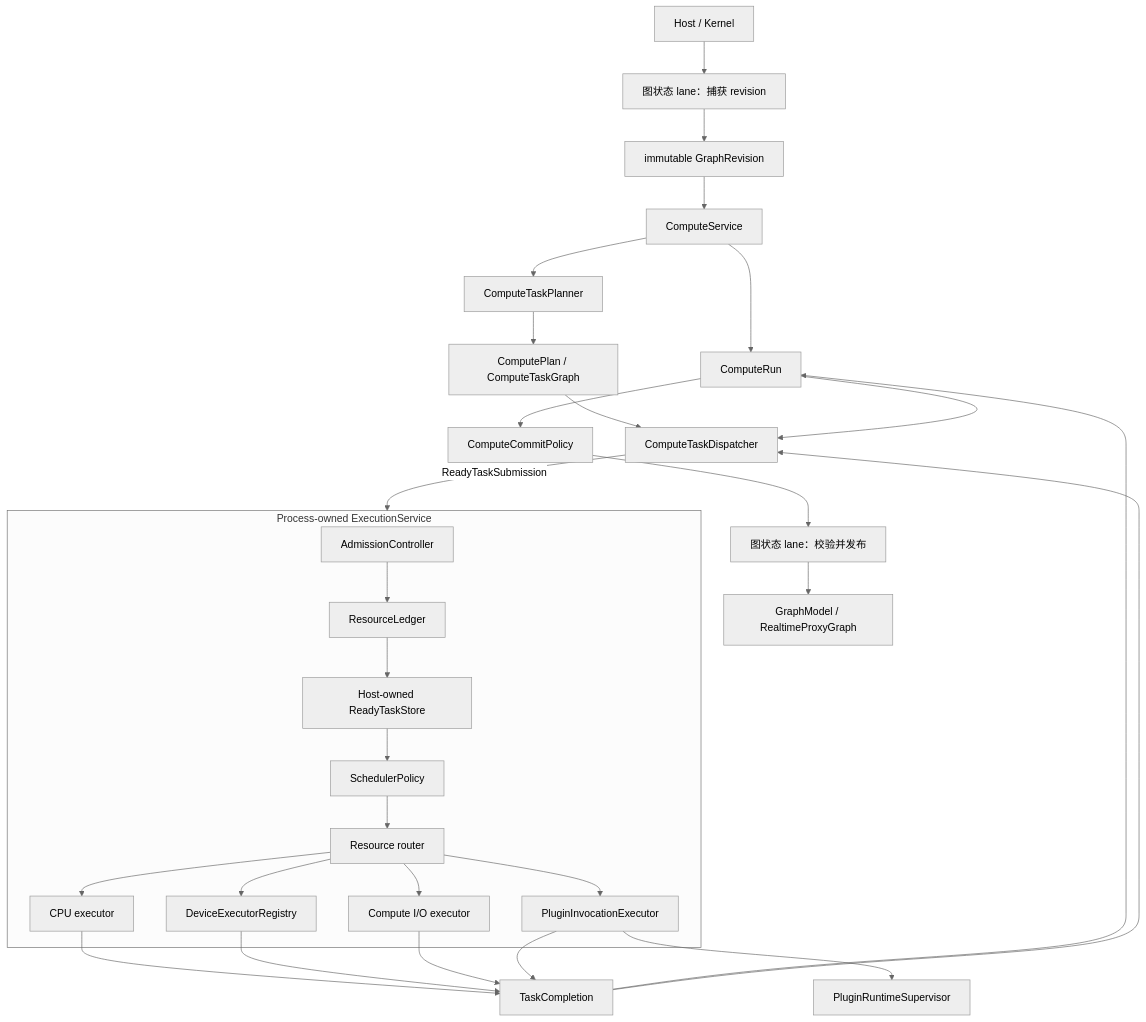
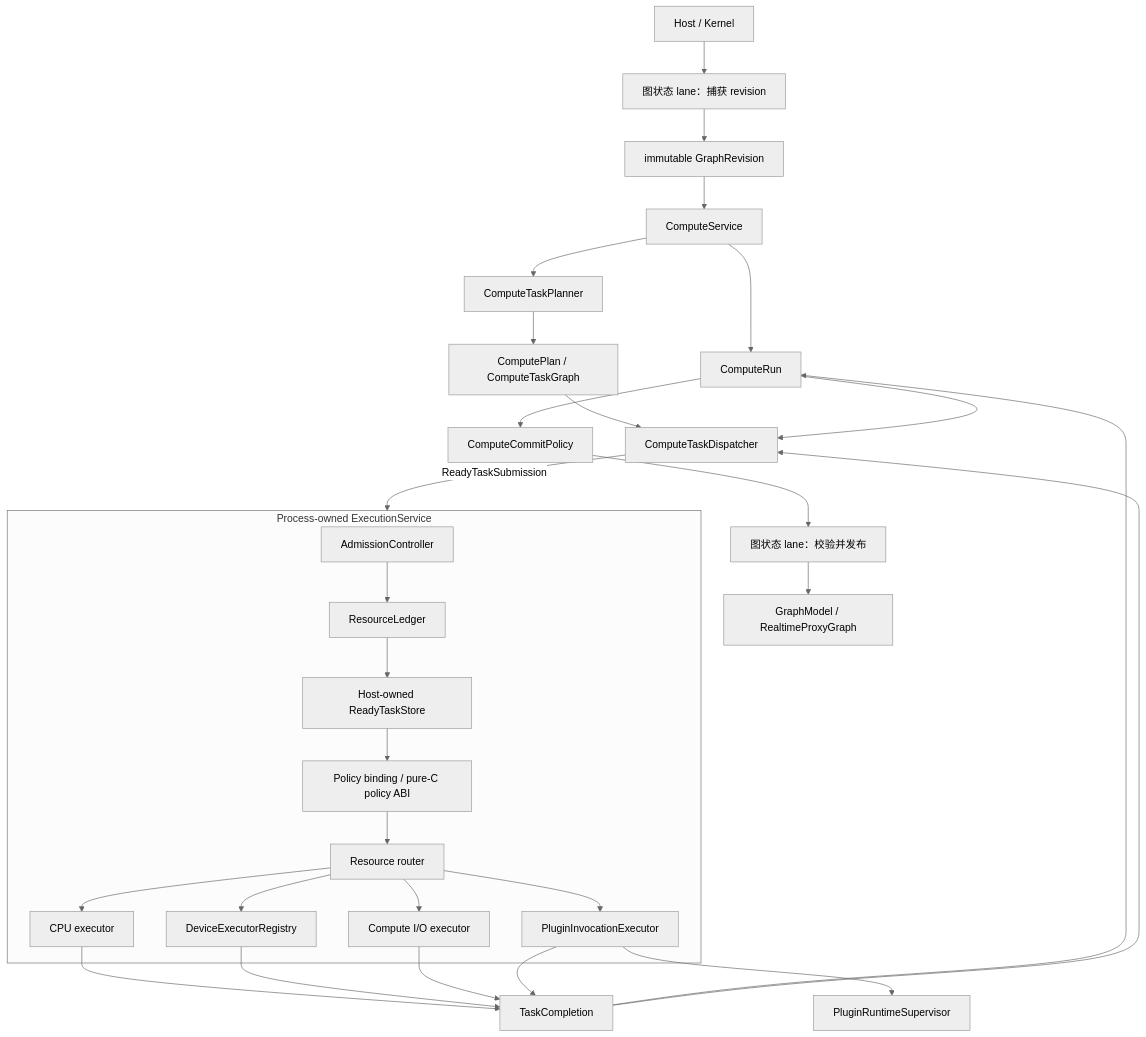
Before and after one commit to kevin-zf1123/photospider: the diagram in docs/roadmap/zh/Kernel-Evolution.zh.md, drawn with Mermaid (neutral theme). The commit also changed other lines of this file and 33 other files, not shown here.

````diff
--- a/docs/roadmap/zh/Kernel-Evolution.zh.md
+++ b/docs/roadmap/zh/Kernel-Evolution.zh.md
@@ -104,34 +106,34 @@
 ```mermaid
 flowchart TD
   HOST["Host / Kernel"] --> CAPTURE["图状态 lane：捕获 revision"]
   CAPTURE --> REV["immutable GraphRevision"]
   REV --> SERVICE["ComputeService"]
   SERVICE --> RUN["ComputeRun"]
   SERVICE --> PLAN["ComputeTaskPlanner"]
   PLAN --> GRAPH["ComputePlan / ComputeTaskGraph"]
   GRAPH --> DISPATCH["ComputeTaskDispatcher"]
   RUN --> DISPATCH
   DISPATCH -->|"ReadyTaskSubmission"| EXEC
 
   subgraph EXEC["Process-owned ExecutionService"]
     ADMIT["AdmissionController"] --> LEDGER["ResourceLedger"]
     LEDGER --> READY["Host-owned ReadyTaskStore"]
-    READY --> POLICY["SchedulerPolicy"]
+    READY --> POLICY["Policy binding / pure-C policy ABI"]
     POLICY --> ROUTER["Resource router"]
     ROUTER --> CPU["CPU executor"]
     ROUTER --> DEVICE["DeviceExecutorRegistry"]
     ROUTER --> IO["Compute I/O executor"]
     ROUTER --> PINVOKE["PluginInvocationExecutor"]
   end
 
   PINVOKE --> PSUP["PluginRuntimeSupervisor"]
   CPU --> COMPLETE["TaskCompletion"]
   DEVICE --> COMPLETE
   IO --> COMPLETE
   PINVOKE --> COMPLETE
   COMPLETE --> RUN
   COMPLETE --> DISPATCH
   RUN --> COMMIT["ComputeCommitPolicy"]
   COMMIT --> VALIDATE["图状态 lane：校验并发布"]
   VALIDATE --> VISIBLE["GraphModel / RealtimeProxyGraph"]
 ```
````
